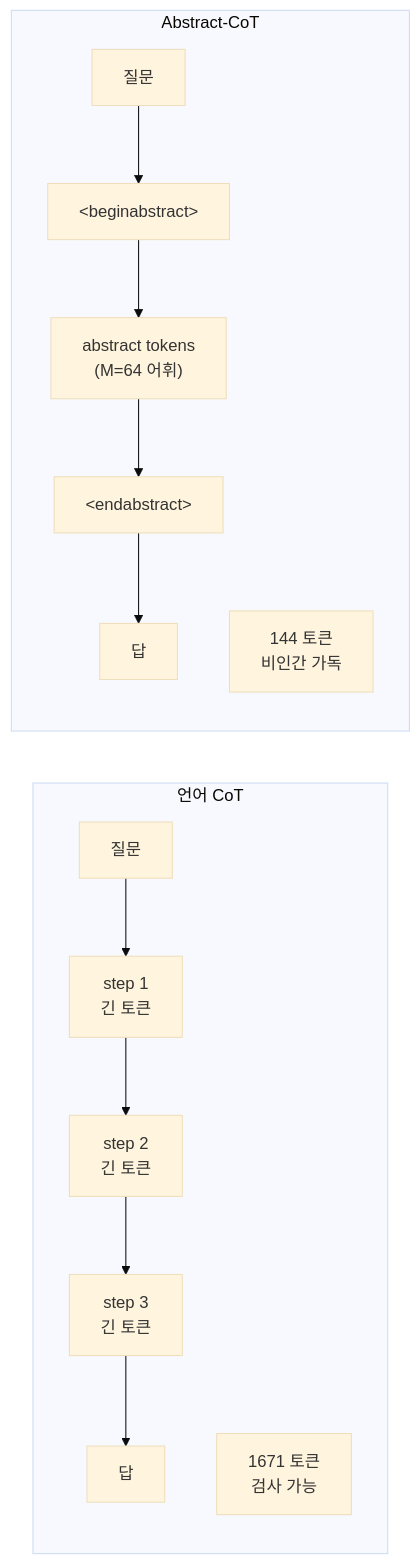
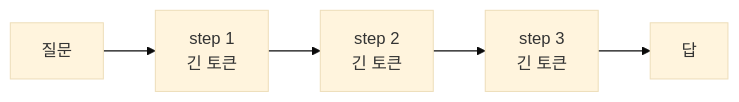
The first of 3 diagrams in _posts/2026-05-05-abstract-cot-discrete-latent-reasoning.md (pheeree/pheeree.github.io), drawn with Mermaid (base theme) before and after one commit. The commit also changed other lines of this file and 6 other files, not shown here.

First line of the commit message:
layout: 5월 발행물 다이어그램·수식 가독성 정돈

````diff
--- a/_posts/2026-05-05-abstract-cot-discrete-latent-reasoning.md
+++ b/_posts/2026-05-05-abstract-cot-discrete-latent-reasoning.md
@@ -42,17 +44,4 @@
 ```mermaid
 flowchart LR
-    subgraph LANG["언어 CoT"]
-        Q1[질문] --> T1[step 1<br/>긴 토큰]
-        T1 --> T2[step 2<br/>긴 토큰]
-        T2 --> T3[step 3<br/>긴 토큰]
-        T3 --> A1[답]
-        N1[1671 토큰<br/>검사 가능]
-    end
-    subgraph ABS["Abstract-CoT"]
-        Q2[질문] --> B1["&lt;beginabstract&gt;"]
-        B1 --> AT["abstract tokens<br/>(M=64 어휘)"]
-        AT --> B2["&lt;endabstract&gt;"]
-        B2 --> A2[답]
-        N2[144 토큰<br/>비인간 가독]
-    end
+    Q1[질문] --> T1[step 1<br/>긴 토큰] --> T2[step 2<br/>긴 토큰] --> T3[step 3<br/>긴 토큰] --> A1[답]
 ```
````
